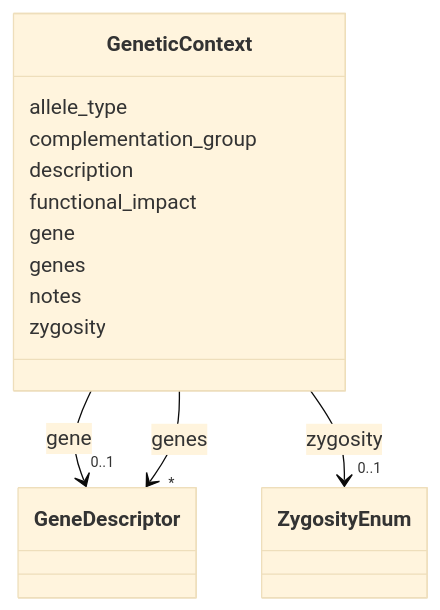
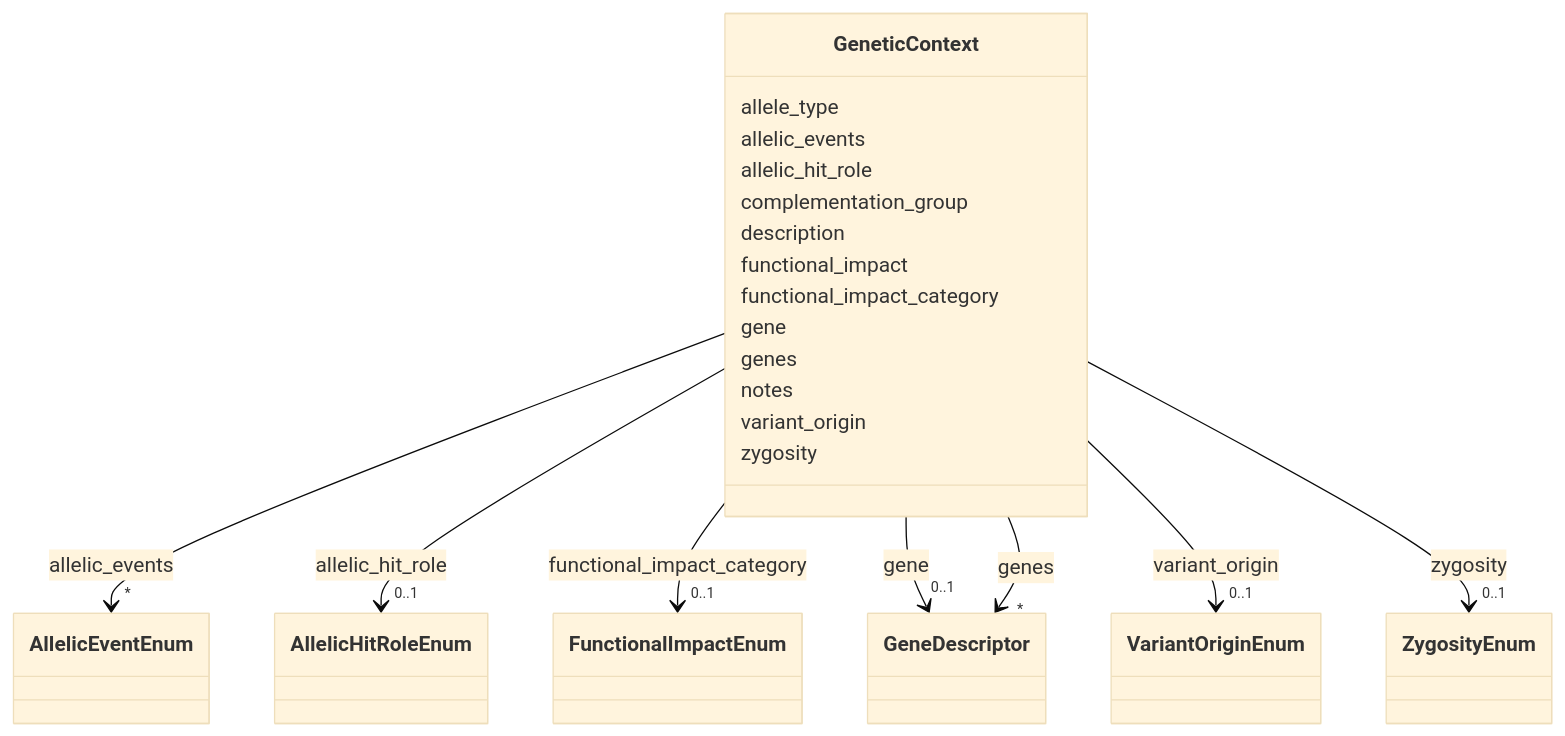
One commit to monarch-initiative/dismech changed the diagram in docs/schema/classes/GeneticContext.md. Above: the diagram before and after it, drawn with Mermaid (base theme). The commit also changed other lines of this file and 1343 other files, not shown here.

First line of the commit message:
docs: regenerate schema docs and point design-decisions link at rendered page

```diff
--- a/docs/schema/classes/GeneticContext.md
+++ b/docs/schema/classes/GeneticContext.md
@@ -21,11 +21,44 @@
     click GeneticContext href "../../classes/GeneticContext/"
       GeneticContext : allele_type
         
+      GeneticContext : allelic_events
+        
+          
+    
+        
+        
+        GeneticContext --> "*" AllelicEventEnum : allelic_events
+        click AllelicEventEnum href "../../enums/AllelicEventEnum/"
+    
+
+        
+      GeneticContext : allelic_hit_role
+        
+          
+    
+        
+        
+        GeneticContext --> "0..1" AllelicHitRoleEnum : allelic_hit_role
+        click AllelicHitRoleEnum href "../../enums/AllelicHitRoleEnum/"
+    
+
+        
       GeneticContext : complementation_group
         
       GeneticContext : description
         
       GeneticContext : functional_impact
+        
+      GeneticContext : functional_impact_category
+        
+          
+    
+        
+        
+        GeneticContext --> "0..1" FunctionalImpactEnum : functional_impact_category
+        click FunctionalImpactEnum href "../../enums/FunctionalImpactEnum/"
+    
+
         
       GeneticContext : gene
         
@@ -51,6 +84,17 @@
         
       GeneticContext : notes
         
+      GeneticContext : variant_origin
+        
+          
+    
+        
+        
+        GeneticContext --> "0..1" VariantOriginEnum : variant_origin
+        click VariantOriginEnum href "../../enums/VariantOriginEnum/"
+    
+
+        
       GeneticContext : zygosity
         
           
```
